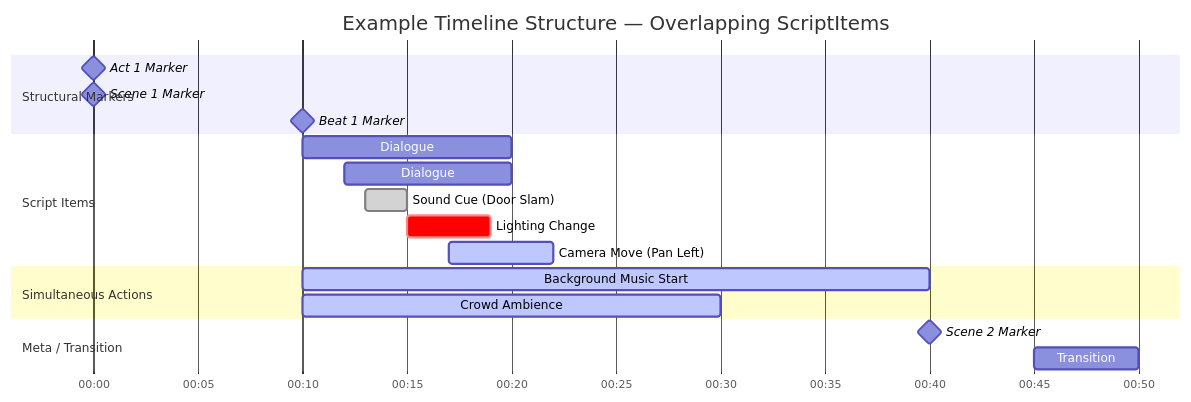
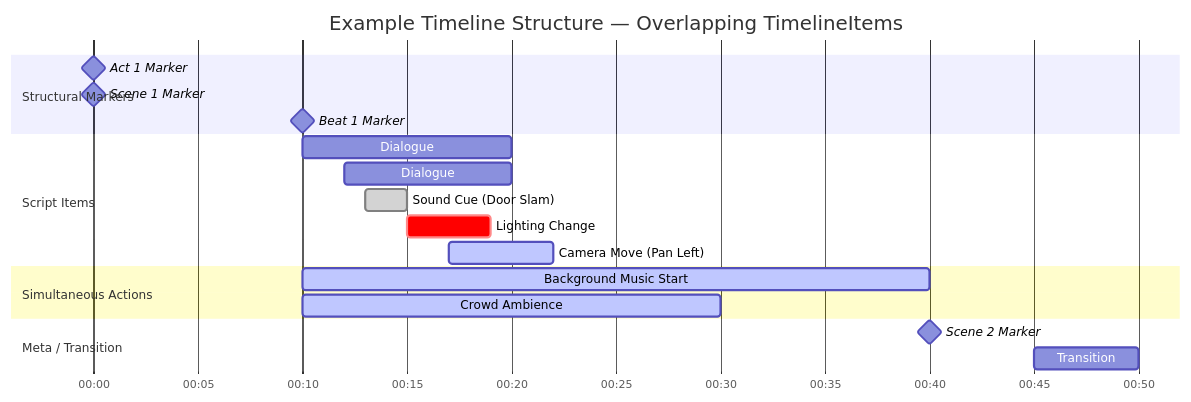
The third of 3 diagrams in README.md (leegee/script-editor-linear), drawn with Mermaid before and after one commit. The commit also changed other lines of this file and 11 other files, not shown here.

Commit message:
Rename scriptItems -> timelineItems

````diff
--- a/README.md
+++ b/README.md
@@ -244,26 +244,26 @@
 ```mermaid
 gantt
     dateFormat  mm:ss
     axisFormat  %M:%S
-    title Example Timeline Structure — Overlapping ScriptItems
+    title Example Timeline Structure — Overlapping TimelineItems
 
     section Structural Markers
     Act 1 Marker           :milestone, 00:00, 0s
     Scene 1 Marker         :milestone, 00:00, 0s
     Beat 1 Marker          :milestone, 00:10, 0s
 
     section Script Items
     Dialogue: Character A   :active, 00:10, 10s
     Dialogue: Character B   :active, 00:12, 8s
     Sound Cue (Door Slam)   :done,   00:13, 2s
     Lighting Change         :crit,   00:15, 4s
     Camera Move (Pan Left)  :active, 00:17, 5s
 
     section Simultaneous Actions
     Background Music Start  :active, 00:10, 30s
     Crowd Ambience          :active, 00:10, 20s
 
     section Meta / Transition
     Scene 2 Marker          :milestone, 00:40, 0s
     Transition: Fade Out    :done, 00:45, 5s
 ```
````
